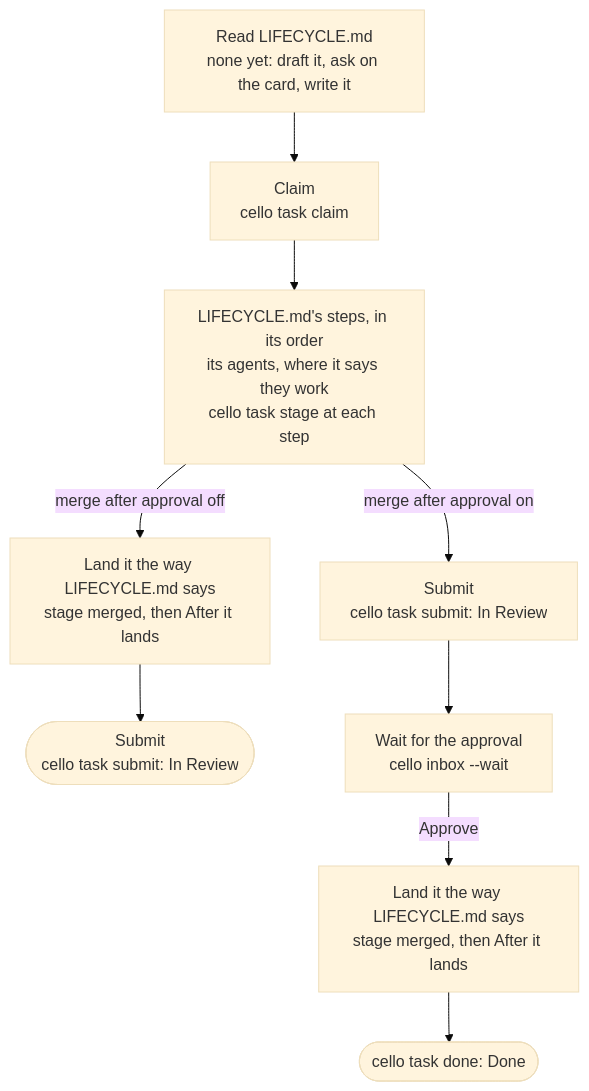
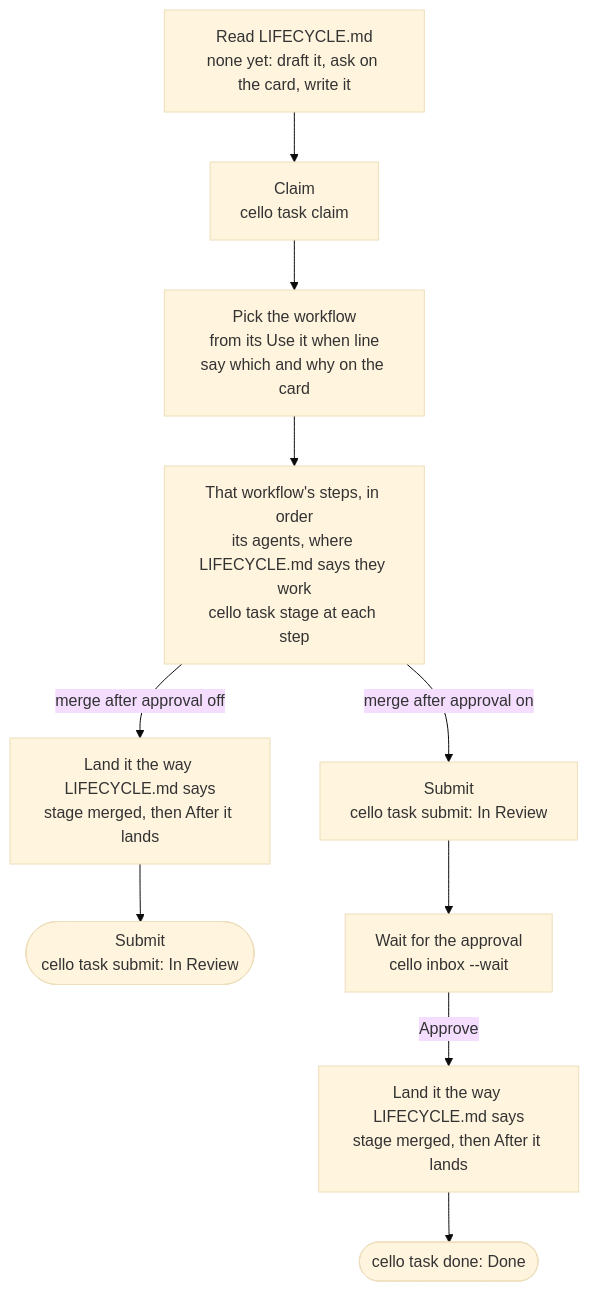
The diagram in apps/cli/claude-plugin/cello/commands/orchestrate.md (lnmunhoz/cello), drawn with Mermaid (base theme) before and after one commit. The commit also changed other lines of this file and 8 other files, not shown here.

First line of the commit message:
feat(plugin): LIFECYCLE.md lists named workflows; orchestrate picks one per task and says which on the card (CEL-168)

````diff
--- a/apps/cli/claude-plugin/cello/commands/orchestrate.md
+++ b/apps/cli/claude-plugin/cello/commands/orchestrate.md
@@ -29,11 +30,12 @@
 ```mermaid
 flowchart TD
     A["Read LIFECYCLE.md<br/>none yet: draft it, ask on the card, write it"] --> B["Claim<br/>cello task claim"]
-    B --> C["LIFECYCLE.md's steps, in its order<br/>its agents, where it says they work<br/>cello task stage at each step"]
+    B --> W["Pick the workflow<br/>from its Use it when line<br/>say which and why on the card"]
+    W --> C["That workflow's steps, in order<br/>its agents, where LIFECYCLE.md says they work<br/>cello task stage at each step"]
     C -->|"merge after approval off"| D["Land it the way LIFECYCLE.md says<br/>stage merged, then After it lands"]
     D --> E(["Submit<br/>cello task submit: In Review"])
     C -->|"merge after approval on"| F["Submit<br/>cello task submit: In Review"]
     F --> G["Wait for the approval<br/>cello inbox --wait"]
     G -->|Approve| H["Land it the way LIFECYCLE.md says<br/>stage merged, then After it lands"]
     H --> I(["cello task done: Done"])
 ```
````
